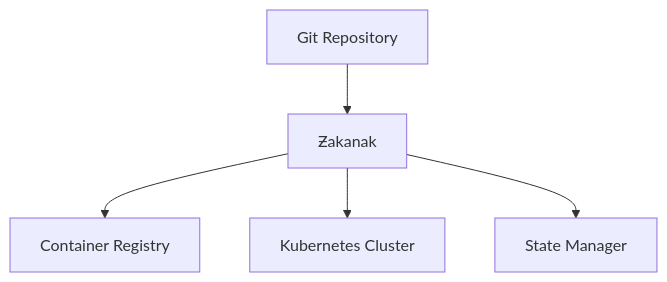
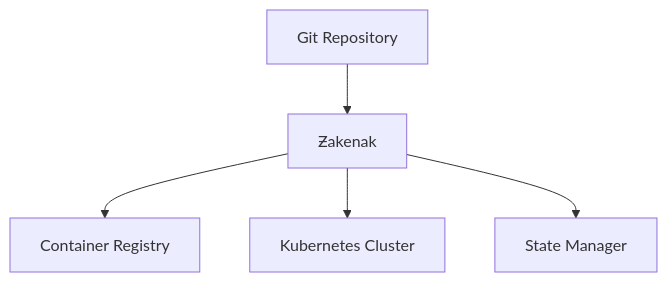
The diagram in README.md (i8megabit/zakenak), drawn with Mermaid before and after one commit.

Commit message:
readme fix

````diff
--- a/README.md
+++ b/README.md
@@ -186,7 +186,7 @@
 ```mermaid
 graph TD
-    A[Git Repository] --> B[Ƶakanak]
+    A[Git Repository] --> B[Ƶakenak]
     B --> C[Container Registry]
     B --> D[Kubernetes Cluster]
     B --> E[State Manager]
 ```
````
